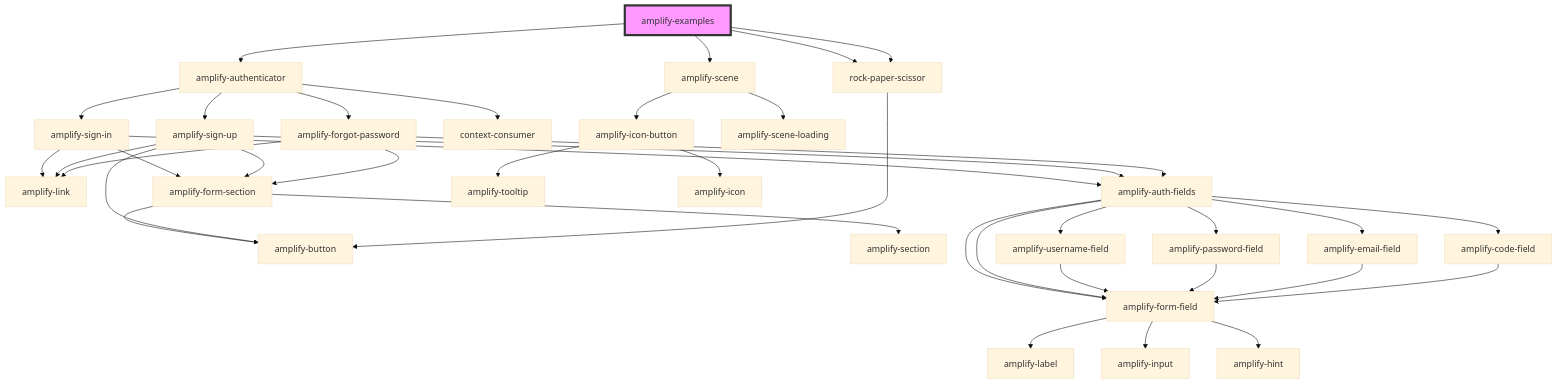
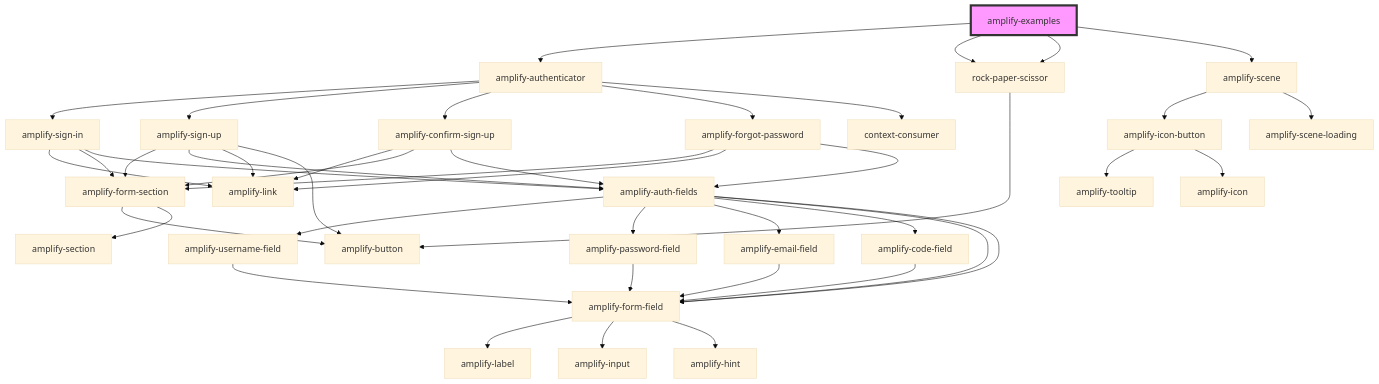
The diagram in packages/amplify-ui-components/src/components/amplify-examples/readme.md (aws-amplify/amplify-js), drawn with Mermaid (base theme) before and after one commit. The commit also changed 28 other files, not shown here.

First line of the commit message:
feat(@aws-amplify/ui-components): amplify-confirm-sign-up (#4253)

````diff
--- a/packages/amplify-ui-components/src/components/amplify-examples/readme.md
+++ b/packages/amplify-ui-components/src/components/amplify-examples/readme.md
@@ -16,42 +16,46 @@
 ```mermaid
 graph TD;
   amplify-examples --> amplify-authenticator
   amplify-examples --> rock-paper-scissor
   amplify-examples --> rock-paper-scissor
   amplify-examples --> amplify-scene
   amplify-authenticator --> amplify-sign-in
   amplify-authenticator --> amplify-sign-up
+  amplify-authenticator --> amplify-confirm-sign-up
   amplify-authenticator --> amplify-forgot-password
   amplify-authenticator --> context-consumer
   amplify-sign-in --> amplify-link
   amplify-sign-in --> amplify-form-section
   amplify-sign-in --> amplify-auth-fields
   amplify-form-section --> amplify-button
   amplify-form-section --> amplify-section
   amplify-auth-fields --> amplify-username-field
   amplify-auth-fields --> amplify-password-field
   amplify-auth-fields --> amplify-email-field
   amplify-auth-fields --> amplify-code-field
   amplify-auth-fields --> amplify-form-field
   amplify-auth-fields --> amplify-form-field
   amplify-username-field --> amplify-form-field
   amplify-form-field --> amplify-label
   amplify-form-field --> amplify-input
   amplify-form-field --> amplify-hint
   amplify-password-field --> amplify-form-field
   amplify-email-field --> amplify-form-field
   amplify-code-field --> amplify-form-field
   amplify-sign-up --> amplify-form-section
   amplify-sign-up --> amplify-auth-fields
   amplify-sign-up --> amplify-link
   amplify-sign-up --> amplify-button
+  amplify-confirm-sign-up --> amplify-link
+  amplify-confirm-sign-up --> amplify-form-section
+  amplify-confirm-sign-up --> amplify-auth-fields
   amplify-forgot-password --> amplify-form-section
   amplify-forgot-password --> amplify-link
   amplify-forgot-password --> amplify-auth-fields
   rock-paper-scissor --> amplify-button
   amplify-scene --> amplify-icon-button
   amplify-scene --> amplify-scene-loading
   amplify-icon-button --> amplify-tooltip
   amplify-icon-button --> amplify-icon
   style amplify-examples fill:#f9f,stroke:#333,stroke-width:4px
 ```
````
